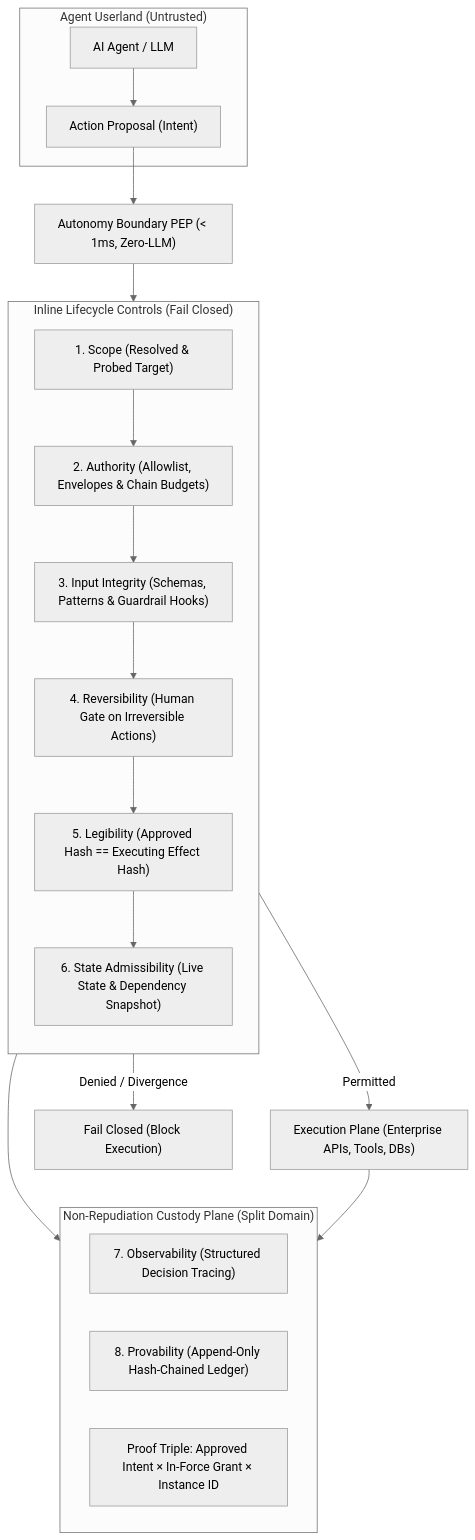
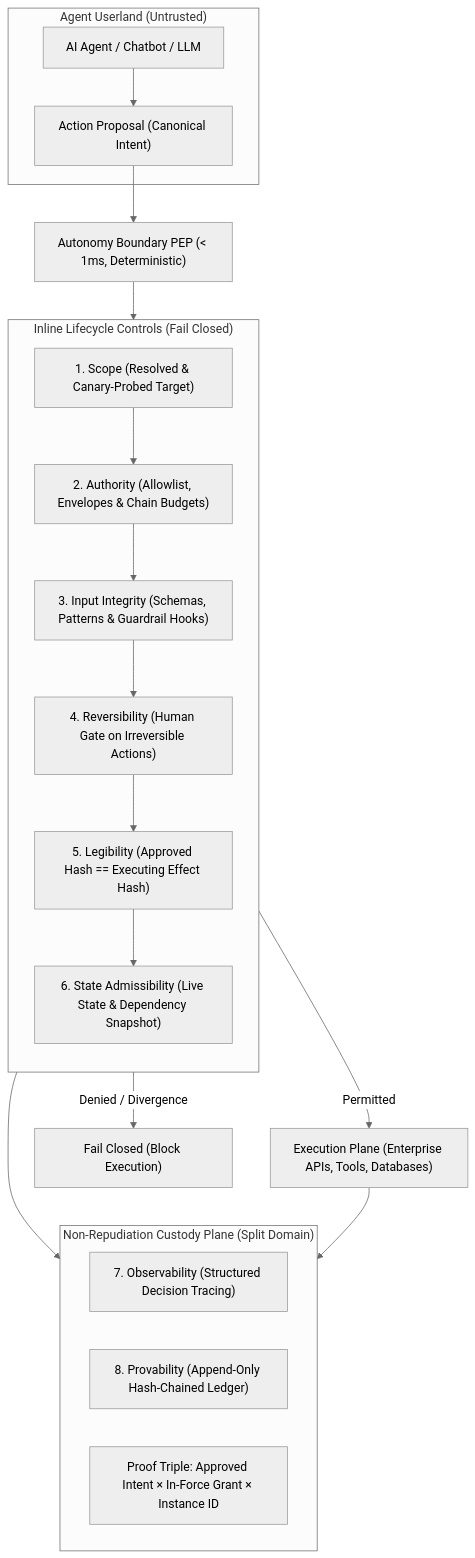
Before and after one commit to hoomanp/autonomy-boundary: the diagram in README.md, drawn with Mermaid (neutral theme). The commit also changed other lines of this file and 8 other files, not shown here.

````diff
--- a/README.md
+++ b/README.md
@@ -22,33 +44,33 @@
 ```mermaid
 flowchart TD
     subgraph AgentRuntime["Agent Userland (Untrusted)"]
-        LLM["AI Agent / LLM"] --> Proposal["Action Proposal (Intent)"]
+        LLM["AI Agent / Chatbot / LLM"] --> Proposal["Action Proposal (Canonical Intent)"]
     end
 
-    Proposal --> PEP["Autonomy Boundary PEP (< 1ms, Zero-LLM)"]
+    Proposal --> PEP["Autonomy Boundary PEP (< 1ms, Deterministic)"]
 
     subgraph PEPGuards["Inline Lifecycle Controls (Fail Closed)"]
         direction TB
-        C1["1. Scope (Resolved & Probed Target)"]
+        C1["1. Scope (Resolved & Canary-Probed Target)"]
         C2["2. Authority (Allowlist, Envelopes & Chain Budgets)"]
         C3["3. Input Integrity (Schemas, Patterns & Guardrail Hooks)"]
         C4["4. Reversibility (Human Gate on Irreversible Actions)"]
         C5["5. Legibility (Approved Hash == Executing Effect Hash)"]
         C6["6. State Admissibility (Live State & Dependency Snapshot)"]
         C1 --> C2 --> C3 --> C4 --> C5 --> C6
     end
 
     PEP --> PEPGuards
 
-    PEPGuards -->|Permitted| Exec["Execution Plane (Enterprise APIs, Tools, DBs)"]
+    PEPGuards -->|Permitted| Exec["Execution Plane (Enterprise APIs, Tools, Databases)"]
     PEPGuards -->|Denied / Divergence| FailClosed["Fail Closed (Block Execution)"]
 
     subgraph AuditCustody["Non-Repudiation Custody Plane (Split Domain)"]
         C7["7. Observability (Structured Decision Tracing)"]
         C8["8. Provability (Append-Only Hash-Chained Ledger)"]
         ProofTriple["Proof Triple: Approved Intent × In-Force Grant × Instance ID"]
     end
 
     PEPGuards --> AuditCustody
     Exec --> AuditCustody
 ```
````
